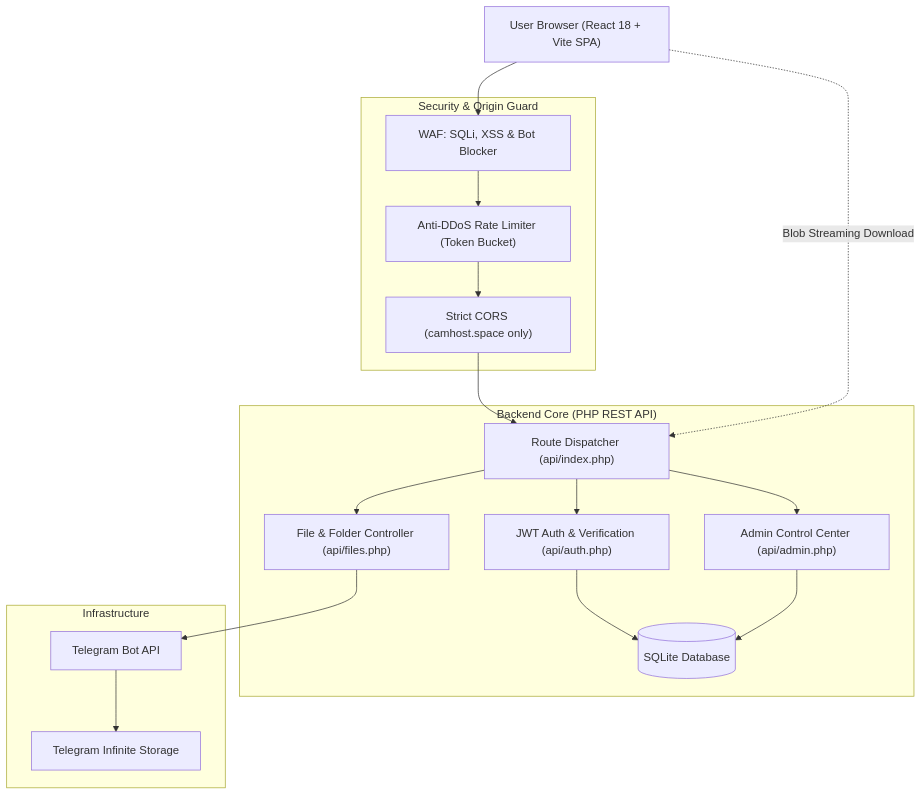
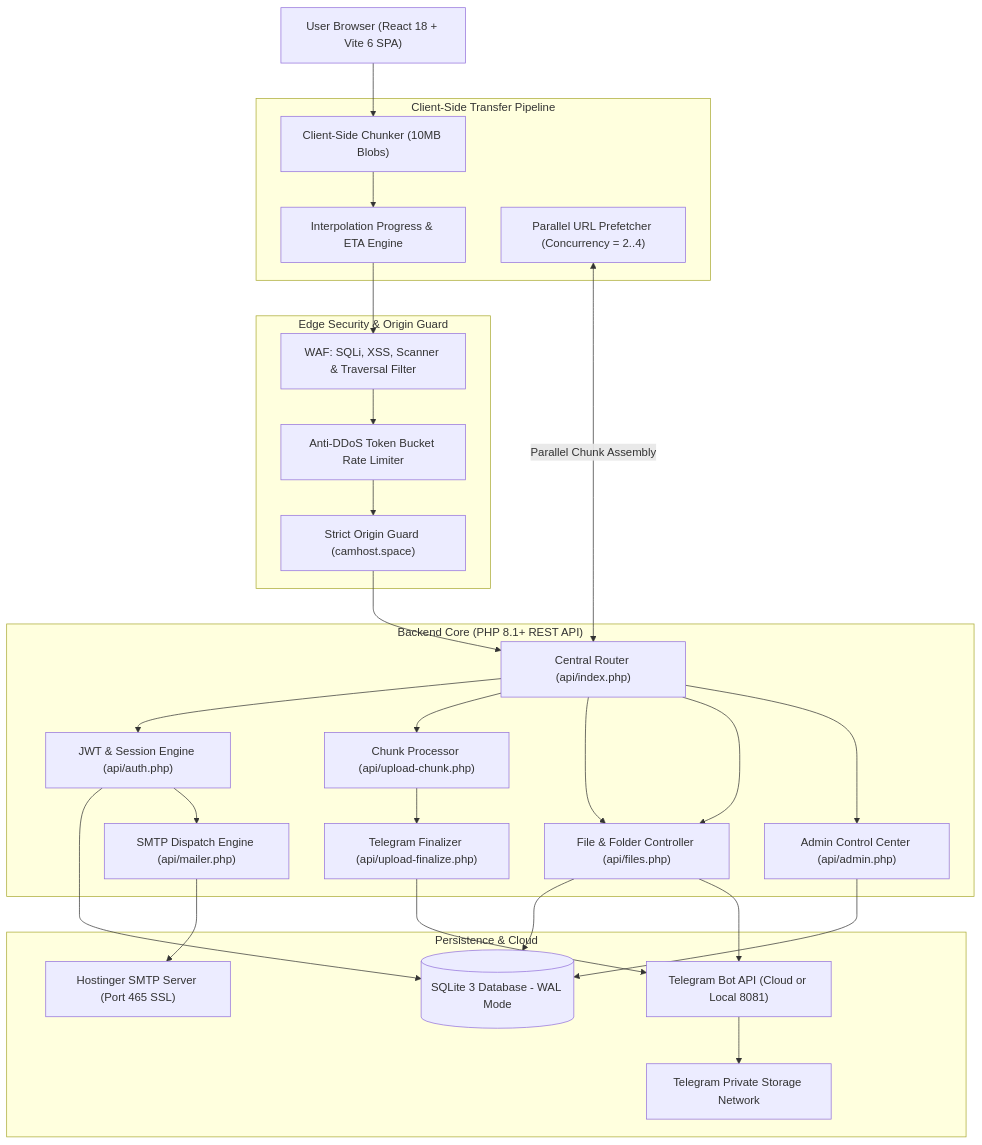
One commit to peak-brosmao/CamHost.space-Open-Soucre changed the diagram in README.md. Above: the diagram before and after it, drawn with Mermaid. The commit also changed other lines of this file and 10 other files, not shown here.

Commit message:
docs: enrich README.md with 2GB chunking engine, Admin Control Center, and deployment guides

````diff
--- a/README.md
+++ b/README.md
@@ -30,29 +83,44 @@
 ```mermaid
 flowchart TD
-    User["User Browser (React 18 + Vite SPA)"]
-    
-    subgraph Edge ["Security & Origin Guard"]
-        WAF["WAF: SQLi, XSS & Bot Blocker"]
-        RL["Anti-DDoS Rate Limiter (Token Bucket)"]
-        CORS["Strict CORS (camhost.space only)"]
+    User["User Browser (React 18 + Vite 6 SPA)"]
+
+    subgraph ClientTransfer ["Client-Side Transfer Pipeline"]
+        Chunker["Client-Side Chunker (10MB Blobs)"]
+        Interpolation["Interpolation Progress & ETA Engine"]
+        Prefetcher["Parallel URL Prefetcher (Concurrency = 2..4)"]
     end
 
-    subgraph Backend ["Backend Core (PHP REST API)"]
-        Router["Route Dispatcher (api/index.php)"]
-        Auth["JWT Auth & Verification (api/auth.php)"]
-        Files["File & Folder Controller (api/files.php)"]
-        Admin["Admin Control Center (api/admin.php)"]
-        DB[(SQLite Database)]
+    subgraph Edge ["Edge Security & Origin Guard"]
+        WAF["WAF: SQLi, XSS, Scanner & Traversal Filter"]
+        RL["Anti-DDoS Token Bucket Rate Limiter"]
+        CORS["Strict Origin Guard (camhost.space)"]
     end
 
-    subgraph Cloud ["Infrastructure"]
-        TGBot["Telegram Bot API"]
-        TGCloud["Telegram Infinite Storage"]
+    subgraph Backend ["Backend Core (PHP 8.1+ REST API)"]
+        Router["Central Router (api/index.php)"]
+        AuthHandler["JWT & Session Engine (api/auth.php)"]
+        ChunkHandler["Chunk Processor (api/upload-chunk.php)"]
+        Finalizer["Telegram Finalizer (api/upload-finalize.php)"]
+        FileHandler["File & Folder Controller (api/files.php)"]
+        Mailer["SMTP Dispatch Engine (api/mailer.php)"]
+        AdminSuite["Admin Control Center (api/admin.php)"]
     end
 
-    User --> WAF --> RL --> CORS --> Router
-    Router --> Auth --> DB
-    Router --> Files --> TGBot --> TGCloud
-    Router --> Admin --> DB
-    User -.->|Blob Streaming Download| Router
+    subgraph StorageLayer ["Persistence & Cloud"]
+        DB[(SQLite 3 Database - WAL Mode)]
+        TGBot["Telegram Bot API (Cloud or Local 8081)"]
+        TGCloud["Telegram Private Storage Network"]
+        SMTPHost["Hostinger SMTP Server (Port 465 SSL)"]
+    end
+
+    User --> Chunker --> Interpolation
+    Interpolation --> WAF --> RL --> CORS --> Router
+    Prefetcher <-->|Parallel Chunk Assembly| Router
+
+    Router --> AuthHandler --> DB
+    Router --> ChunkHandler --> Finalizer --> TGBot --> TGCloud
+    Router --> FileHandler --> DB
+    Router --> FileHandler --> TGBot
+    Router --> AdminSuite --> DB
+    AuthHandler --> Mailer --> SMTPHost
 ```
````
